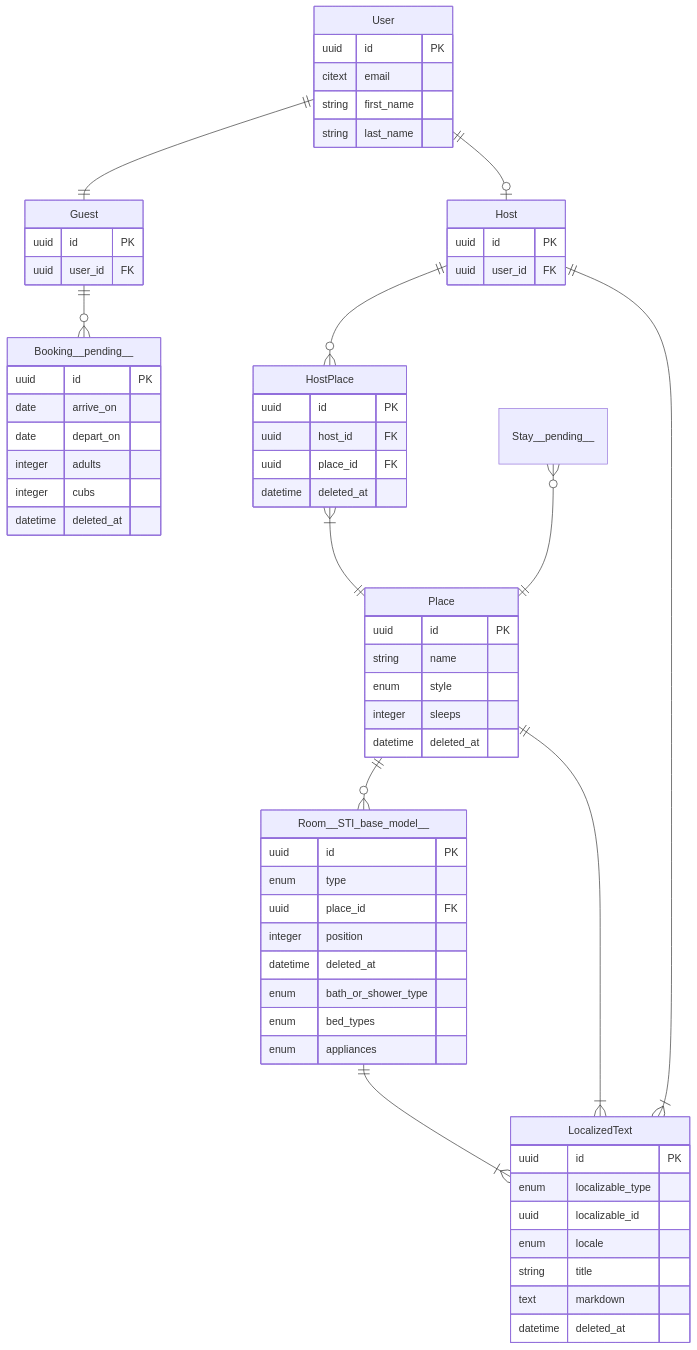
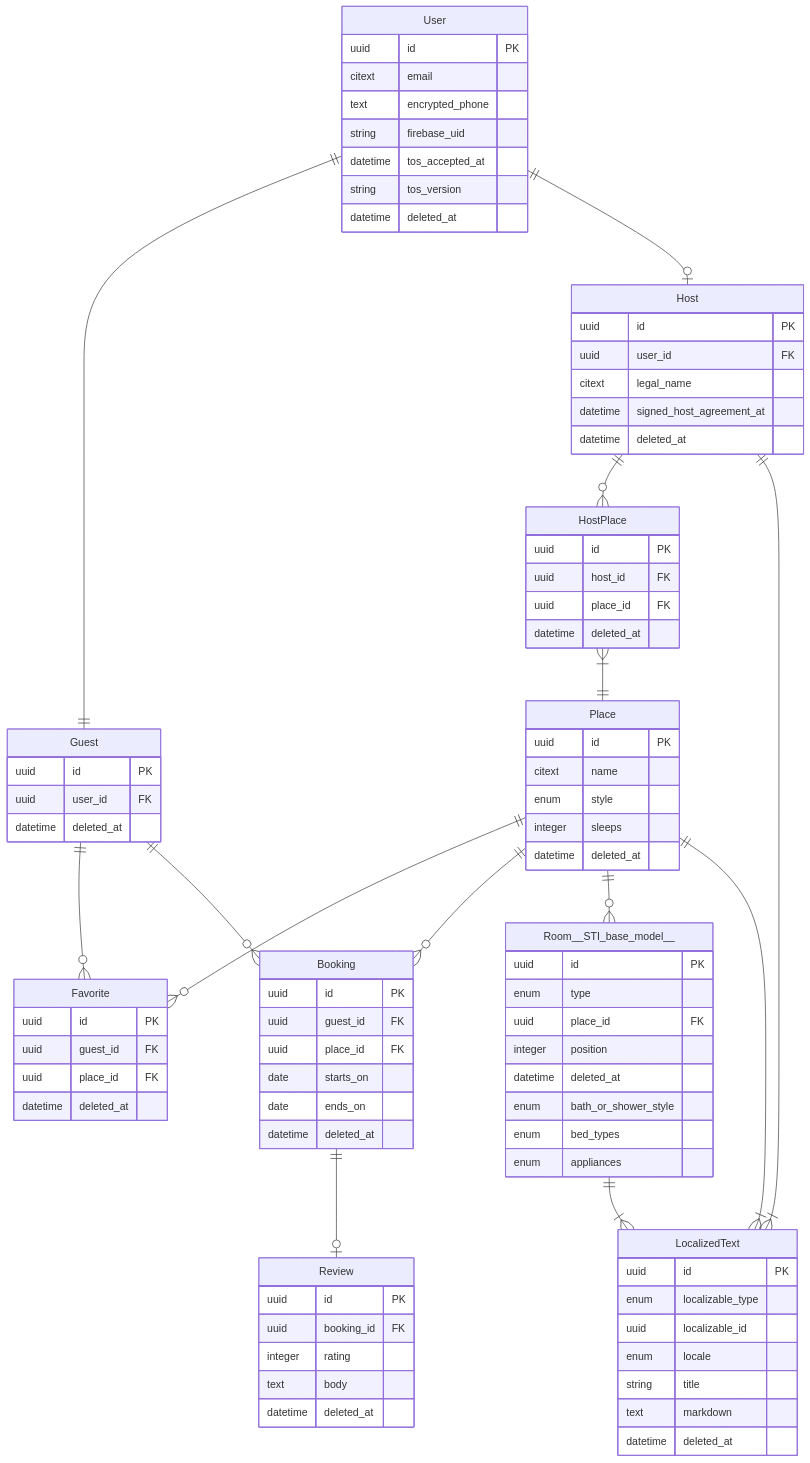
One commit to daniel-nelson/bearbnb changed the diagram in README.md. Above: the diagram before and after it, drawn with Mermaid. The commit also changed other lines of this file, not shown here.

````diff
--- a/README.md
+++ b/README.md
@@ -63,23 +88,30 @@
   User {
     uuid id PK
     citext email
-    string first_name
-    string last_name
+    text encrypted_phone
+    string firebase_uid
+    datetime tos_accepted_at
+    string tos_version
+    datetime deleted_at
   }
 
   Guest {
     uuid id PK
     uuid user_id FK
+    datetime deleted_at
   }
 
   Host {
     uuid id PK
     uuid user_id FK
+    citext legal_name
+    datetime signed_host_agreement_at
+    datetime deleted_at
   }
 
   Place {
     uuid id PK
-    string name
+    citext name
     enum style
     integer sleeps
     datetime deleted_at
@@ -99,7 +131,7 @@
     integer position
     datetime deleted_at
 
-    enum bath_or_shower_type
+    enum bath_or_shower_style
     enum bed_types
     enum appliances
   }
@@ -114,23 +146,41 @@
     datetime deleted_at
   }
 
-  Booking__pending__ {
+  Favorite {
     uuid id PK
-    date arrive_on
-    date depart_on
-    integer adults
-    integer cubs
+    uuid guest_id FK
+    uuid place_id FK
+    datetime deleted_at
+  }
+
+  Booking {
+    uuid id PK
+    uuid guest_id FK
+    uuid place_id FK
+    date starts_on
+    date ends_on
+    datetime deleted_at
+  }
+
+  Review {
+    uuid id PK
+    uuid booking_id FK
+    integer rating
+    text body
     datetime deleted_at
   }
 
   User ||--|| Guest : ""
   User ||--o| Host : ""
-  Guest ||--o{ Booking__pending__ : ""
+  Guest ||--o{ Favorite : ""
+  Guest ||--o{ Booking : ""
+  Booking ||--o| Review : ""
+  Place ||--o{ Favorite : ""
+  Place ||--o{ Booking : ""
   Host ||--o{ HostPlace : ""
   HostPlace }|--|| Place : ""
   Place ||--o{ Room__STI_base_model__ : ""
   Host ||--|{ LocalizedText : ""
   Place ||--|{ LocalizedText : ""
   Room__STI_base_model__ ||--|{ LocalizedText : ""
-  Stay__pending__ }o--|| Place : ""
 ```
````
